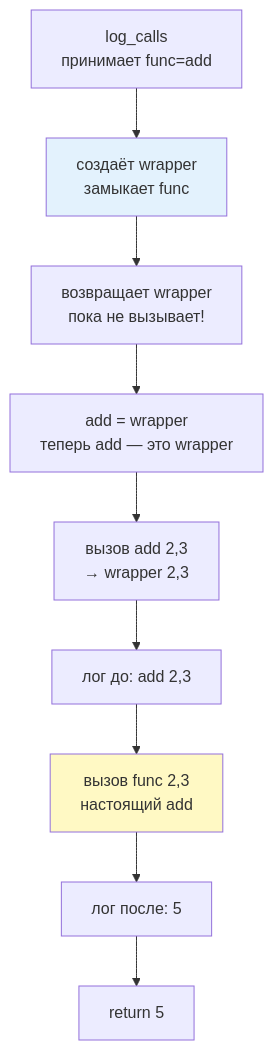
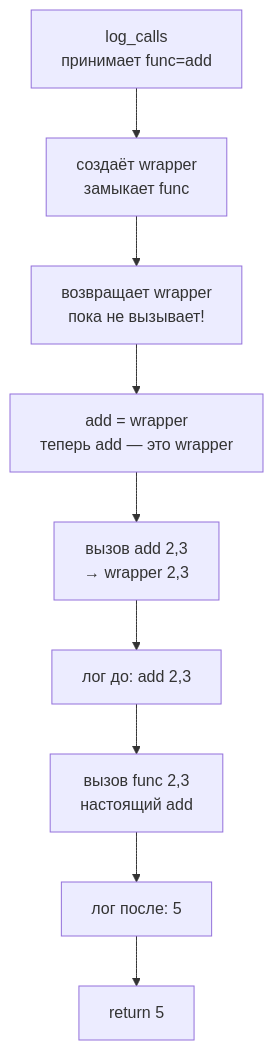
The second of 6 diagrams in 02_Курсы/01. Инженерные практики Python/01_Лекции/07. Декораторы.md (JayStorm228/College), drawn with Mermaid before and after one commit. The commit also changed other lines of this file and 30 other files, not shown here.

First line of the commit message:
переименование NumPy лекций под академические заголовки + стандартные диаграммы

````diff
--- a/02_Курсы/01. Инженерные практики Python/01_Лекции/07. Декораторы.md
+++ b/02_Курсы/01. Инженерные практики Python/01_Лекции/07. Декораторы.md
@@ -74,13 +73,11 @@
 ```mermaid
 flowchart TD
   A[log_calls<br>принимает func=add] --> B[создаёт wrapper<br>замыкает func]
   B --> C[возвращает wrapper<br>пока не вызывает!]
   C --> D[add = wrapper<br>теперь add — это wrapper]
   D --> E[вызов add 2,3<br>→ wrapper 2,3]
   E --> F[лог до: add 2,3]
   F --> G[вызов func 2,3<br>настоящий add]
   G --> H[лог после: 5]
   H --> I[return 5]
-  style B fill:#e3f2fd
-  style G fill:#fff9c4
 ```
````
